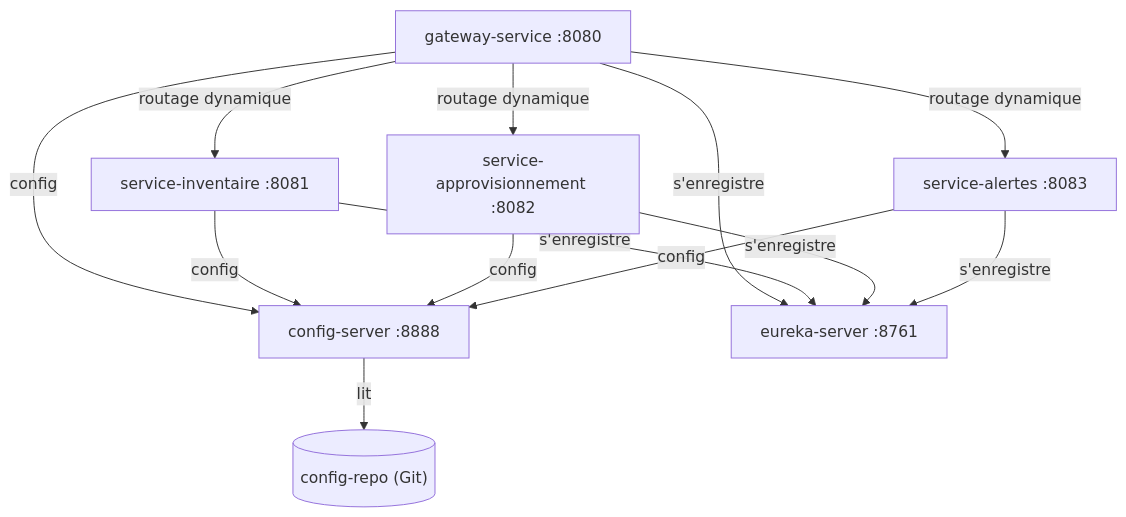
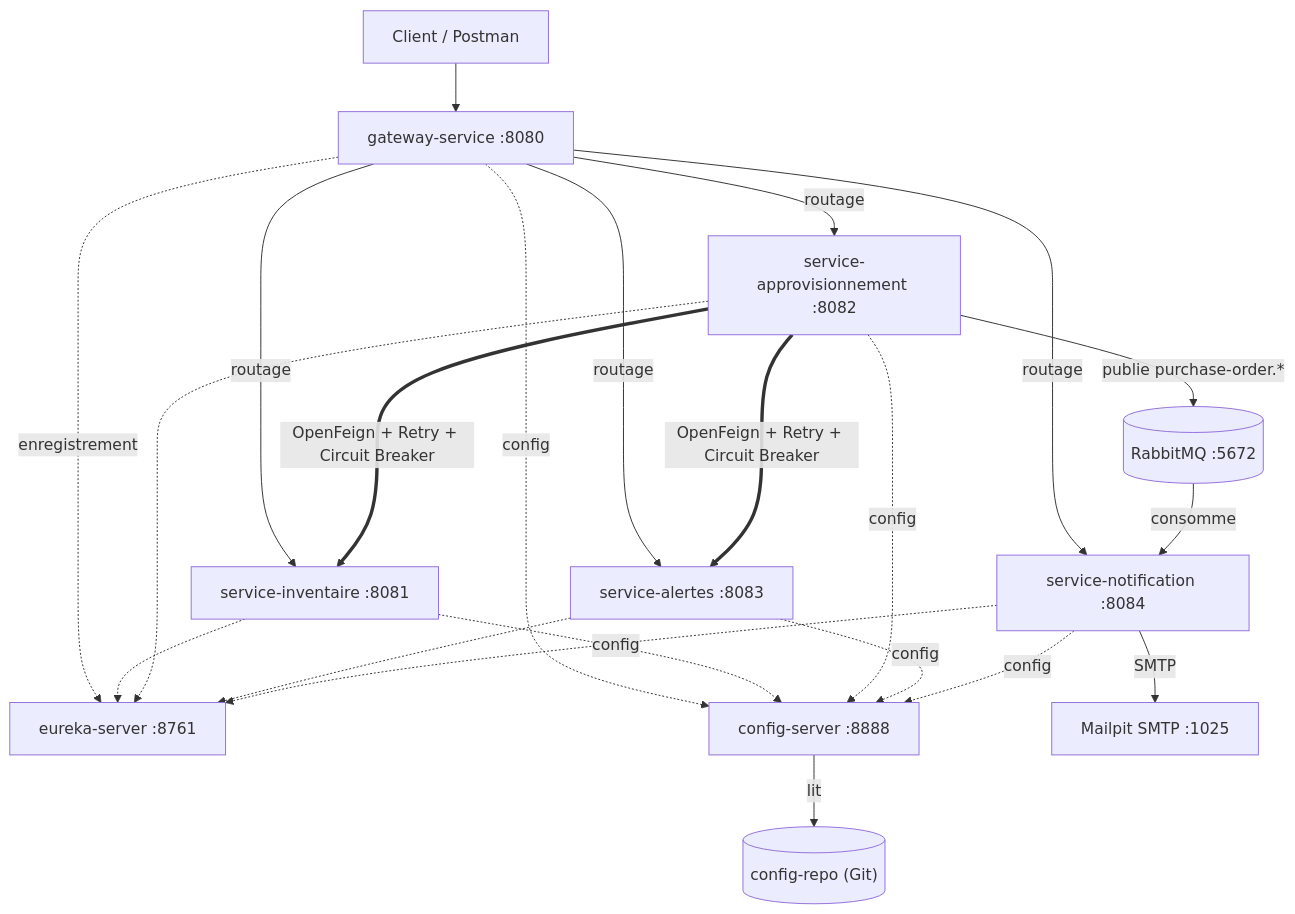
One commit to Ayajarmouni/projetstock_alert changed the second of 3 diagrams in README.md. Above: the diagram before and after it, drawn with Mermaid. The commit also changed other lines of this file, not shown here.

Commit message:
Mise à jour du README : jalon V6 (Resilience4j) et architecture réelle

````diff
--- a/README.md
+++ b/README.md
@@ -446,25 +156,40 @@
 ```mermaid
 flowchart TB
+    CLI["Client / Postman"]
+    GW["gateway-service :8080"]
+    EU["eureka-server :8761"]
+    CS["config-server :8888"]
     CR[("config-repo (Git)")]
-    CS["config-server :8888"]
-    EU["eureka-server :8761"]
-    GW["gateway-service :8080"]
     INV["service-inventaire :8081"]
     APP["service-approvisionnement :8082"]
     ALT["service-alertes :8083"]
+    NOT["service-notification :8084"]
+    MQ[("RabbitMQ :5672")]
+    MP["Mailpit SMTP :1025"]
+
+    CLI --> GW
+    GW -->|"routage"| INV
+    GW -->|"routage"| APP
+    GW -->|"routage"| ALT
+    GW -->|"routage"| NOT
+
+    APP == "OpenFeign + Retry + Circuit Breaker" ==> INV
+    APP == "OpenFeign + Retry + Circuit Breaker" ==> ALT
+
+    APP -->|"publie purchase-order.*"| MQ
+    MQ -->|"consomme"| NOT
+    NOT -->|"SMTP"| MP
 
     CS -->|"lit"| CR
-    GW -->|"config"| CS
-    INV -->|"config"| CS
-    APP -->|"config"| CS
-    ALT -->|"config"| CS
+    GW -.->|"config"| CS
+    INV -.->|"config"| CS
+    APP -.->|"config"| CS
+    ALT -.->|"config"| CS
+    NOT -.->|"config"| CS
 
-    GW -->|"s'enregistre"| EU
-    INV -->|"s'enregistre"| EU
-    APP -->|"s'enregistre"| EU
-    ALT -->|"s'enregistre"| EU
-
-    GW -->|"routage dynamique"| INV
-    GW -->|"routage dynamique"| APP
-    GW -->|"routage dynamique"| ALT
+    GW -.->|"enregistrement"| EU
+    INV -.-> EU
+    APP -.-> EU
+    ALT -.-> EU
+    NOT -.-> EU
 ```
````
